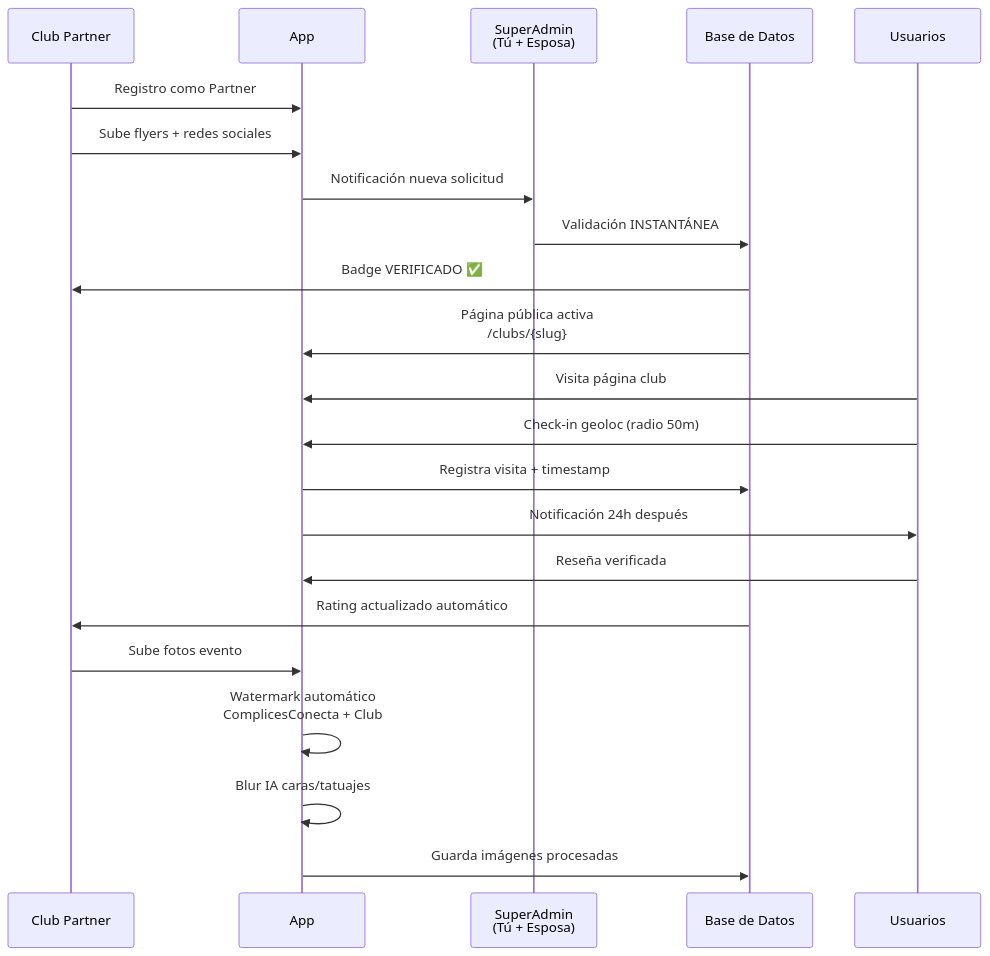
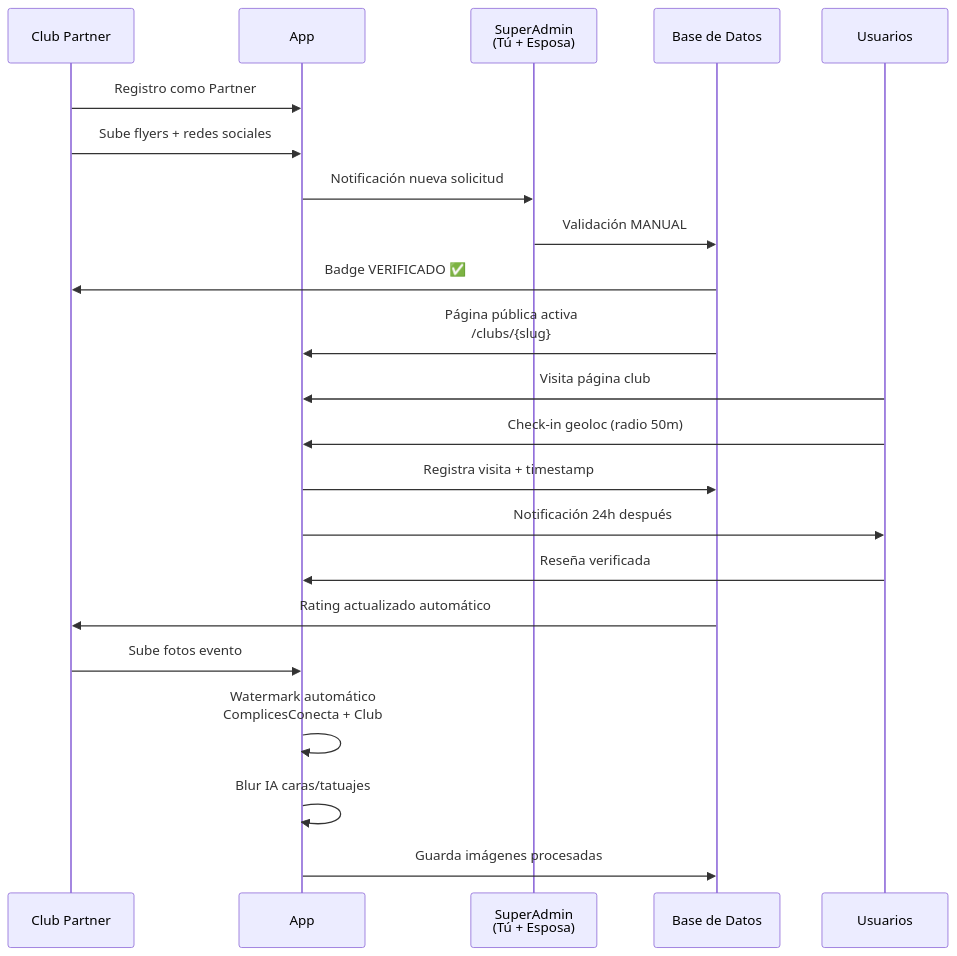
One commit to Complicessconecta/ComplicesConecta changed the second of 6 diagrams in DIAGRAMAS_FLUJOS_v3.5.0.md. Above: the diagram before and after it, drawn with Mermaid. The commit also changed other lines of this file and 97 other files, not shown here.

````diff
--- a/DIAGRAMAS_FLUJOS_v3.5.0.md
+++ b/DIAGRAMAS_FLUJOS_v3.5.0.md
@@ -72,27 +72,27 @@
 ```mermaid
 sequenceDiagram
     participant C as Club Partner
     participant A as App
     participant S as SuperAdmin<br/>(Tú + Esposa)
     participant DB as Base de Datos
     participant U as Usuarios
     
     C->>A: Registro como Partner
     C->>A: Sube flyers + redes sociales
     A->>S: Notificación nueva solicitud
-    S->>DB: Validación INSTANTÁNEA
+    S->>DB: Validación MANUAL
     DB->>C: Badge VERIFICADO ✅
     DB->>A: Página pública activa<br/>/clubs/{slug}
     
     U->>A: Visita página club
     U->>A: Check-in geoloc (radio 50m)
     A->>DB: Registra visita + timestamp
     A->>U: Notificación 24h después
     U->>A: Reseña verificada
     DB->>C: Rating actualizado automático
     
     C->>A: Sube fotos evento
     A->>A: Watermark automático<br/>ComplicesConecta + Club
     A->>A: Blur IA caras/tatuajes
     A->>DB: Guarda imágenes procesadas
 ```
````
